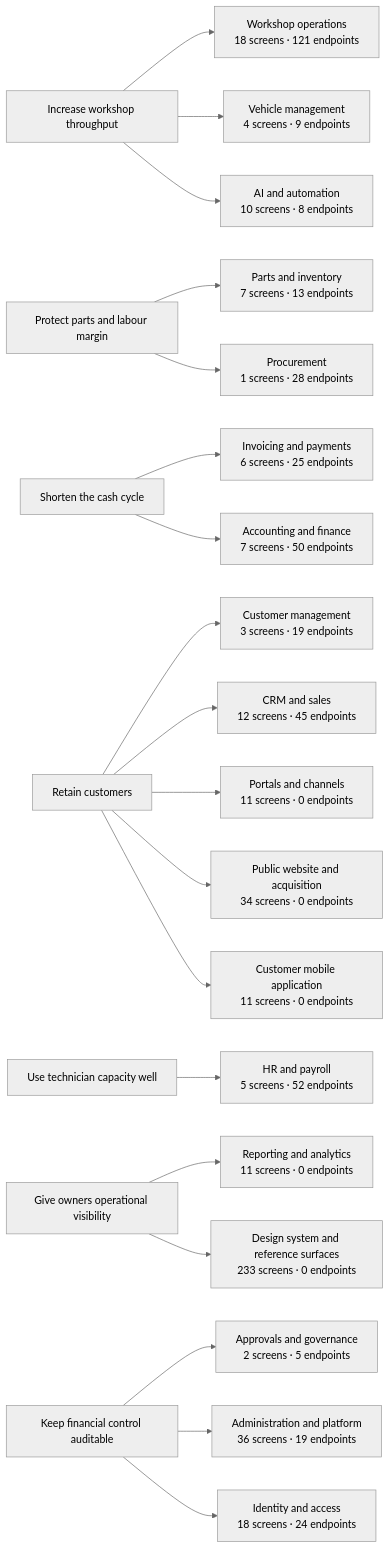
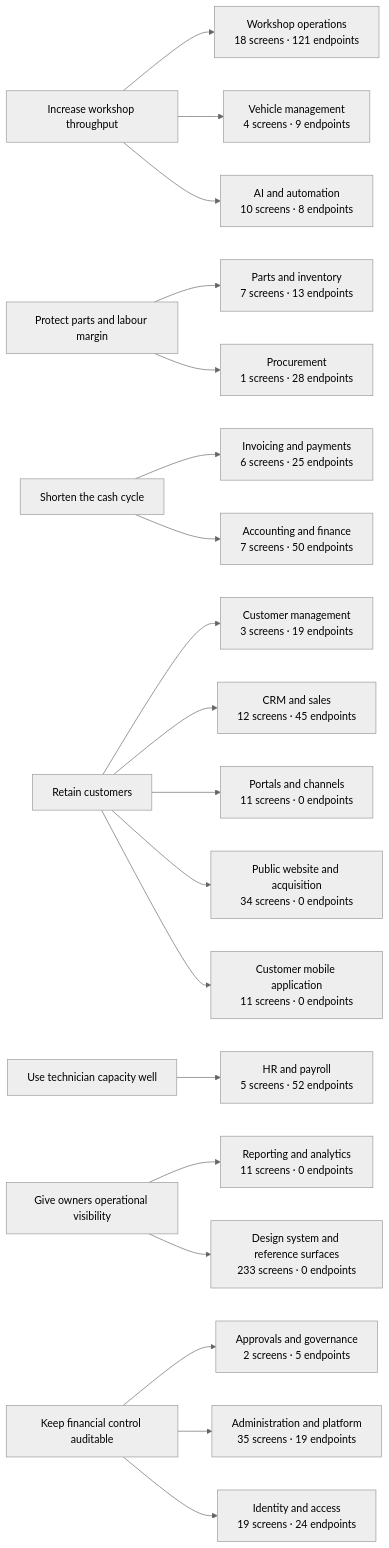
The diagram in docs/07_BUSINESS_ANALYSIS/BUSINESS_CAPABILITY_MAP.md (tazamohd/SlClNe), drawn with Mermaid (neutral theme) before and after one commit. The commit also changed other lines of this file and 38 other files, not shown here.

````diff
--- a/docs/07_BUSINESS_ANALYSIS/BUSINESS_CAPABILITY_MAP.md
+++ b/docs/07_BUSINESS_ANALYSIS/BUSINESS_CAPABILITY_MAP.md
@@ -22,46 +22,46 @@
 ```mermaid
 flowchart LR
   OBJ_THROUGHPUT["Increase workshop throughput"]
   OBJ_MARGIN["Protect parts and labour margin"]
   OBJ_CASH["Shorten the cash cycle"]
   OBJ_RETENTION["Retain customers"]
   OBJ_CAPACITY["Use technician capacity well"]
   OBJ_VISIBILITY["Give owners operational visibility"]
   OBJ_CONTROL["Keep financial control auditable"]
   CAP_WORKSHOP["Workshop operations<br/>18 screens · 121 endpoints"]
   OBJ_THROUGHPUT --> CAP_WORKSHOP
   CAP_CUSTOMERS["Customer management<br/>3 screens · 19 endpoints"]
   OBJ_RETENTION --> CAP_CUSTOMERS
   CAP_VEHICLES["Vehicle management<br/>4 screens · 9 endpoints"]
   OBJ_THROUGHPUT --> CAP_VEHICLES
   CAP_INVENTORY["Parts and inventory<br/>7 screens · 13 endpoints"]
   OBJ_MARGIN --> CAP_INVENTORY
   CAP_PROCUREMENT["Procurement<br/>1 screens · 28 endpoints"]
   OBJ_MARGIN --> CAP_PROCUREMENT
   CAP_BILLING["Invoicing and payments<br/>6 screens · 25 endpoints"]
   OBJ_CASH --> CAP_BILLING
   CAP_ACCOUNTING["Accounting and finance<br/>7 screens · 50 endpoints"]
   OBJ_CASH --> CAP_ACCOUNTING
   CAP_HR["HR and payroll<br/>5 screens · 52 endpoints"]
   OBJ_CAPACITY --> CAP_HR
   CAP_CRM["CRM and sales<br/>12 screens · 45 endpoints"]
   OBJ_RETENTION --> CAP_CRM
   CAP_REPORTING["Reporting and analytics<br/>11 screens · 0 endpoints"]
   OBJ_VISIBILITY --> CAP_REPORTING
   CAP_GOVERNANCE["Approvals and governance<br/>2 screens · 5 endpoints"]
   OBJ_CONTROL --> CAP_GOVERNANCE
   CAP_PORTALS["Portals and channels<br/>11 screens · 0 endpoints"]
   OBJ_RETENTION --> CAP_PORTALS
   CAP_AI["AI and automation<br/>10 screens · 8 endpoints"]
   OBJ_THROUGHPUT --> CAP_AI
-  CAP_PLATFORM["Administration and platform<br/>36 screens · 19 endpoints"]
+  CAP_PLATFORM["Administration and platform<br/>35 screens · 19 endpoints"]
   OBJ_CONTROL --> CAP_PLATFORM
-  CAP_IDENTITY["Identity and access<br/>18 screens · 24 endpoints"]
+  CAP_IDENTITY["Identity and access<br/>19 screens · 24 endpoints"]
   OBJ_CONTROL --> CAP_IDENTITY
   CAP_WEBSITE["Public website and acquisition<br/>34 screens · 0 endpoints"]
   OBJ_RETENTION --> CAP_WEBSITE
   CAP_CUSTOMERAPP["Customer mobile application<br/>11 screens · 0 endpoints"]
   OBJ_RETENTION --> CAP_CUSTOMERAPP
   CAP_DESIGNSYSTEM["Design system and reference surfaces<br/>233 screens · 0 endpoints"]
   OBJ_VISIBILITY --> CAP_DESIGNSYSTEM
 ```
````
